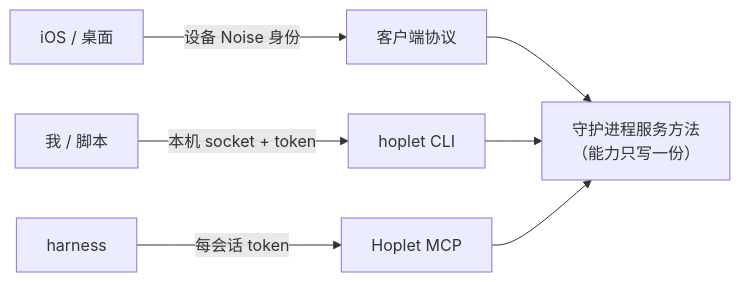
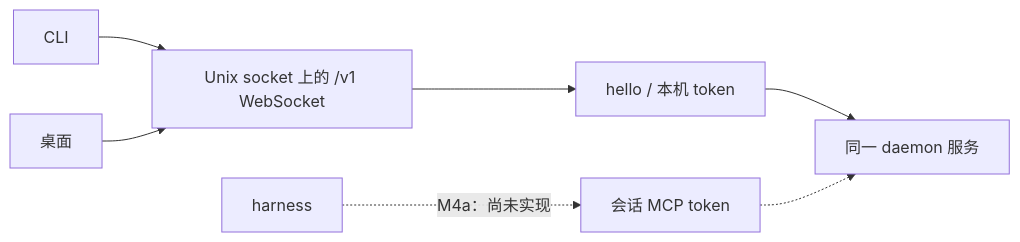
Before and after one commit to yangflow/hoplet: the first of 3 diagrams in docs/design/0012-orchestration-api.md, drawn with Mermaid. The commit also changed other lines of this file and 26 other files, not shown here.

Commit message:
docs(design): align designs and roadmap with implementation

````diff
--- a/docs/design/0012-orchestration-api.md
+++ b/docs/design/0012-orchestration-api.md
@@ -7,9 +16,8 @@
 ```mermaid
 flowchart LR
-    App["iOS / 桌面"] -- "设备 Noise 身份" --> P1["客户端协议"]
-    Sh["我 / 脚本"] -- "本机 socket + token" --> P2["hoplet CLI"]
-    H["harness"] -- "每会话 token" --> P3["Hoplet MCP"]
-    P1 --> Svc["守护进程服务方法<br/>（能力只写一份）"]
-    P2 --> Svc
-    P3 --> Svc
+    CLI["CLI"] --> Local["Unix socket 上的 /v1 WebSocket"]
+    Desktop["桌面"] --> Local
+    Local --> Hello["hello / 本机 token"] --> Service["同一 daemon 服务"]
+    Agent["harness"] -. "M4a：尚未实现" .-> MCP["会话 MCP token"]
+    MCP -.-> Service
 ```
````
